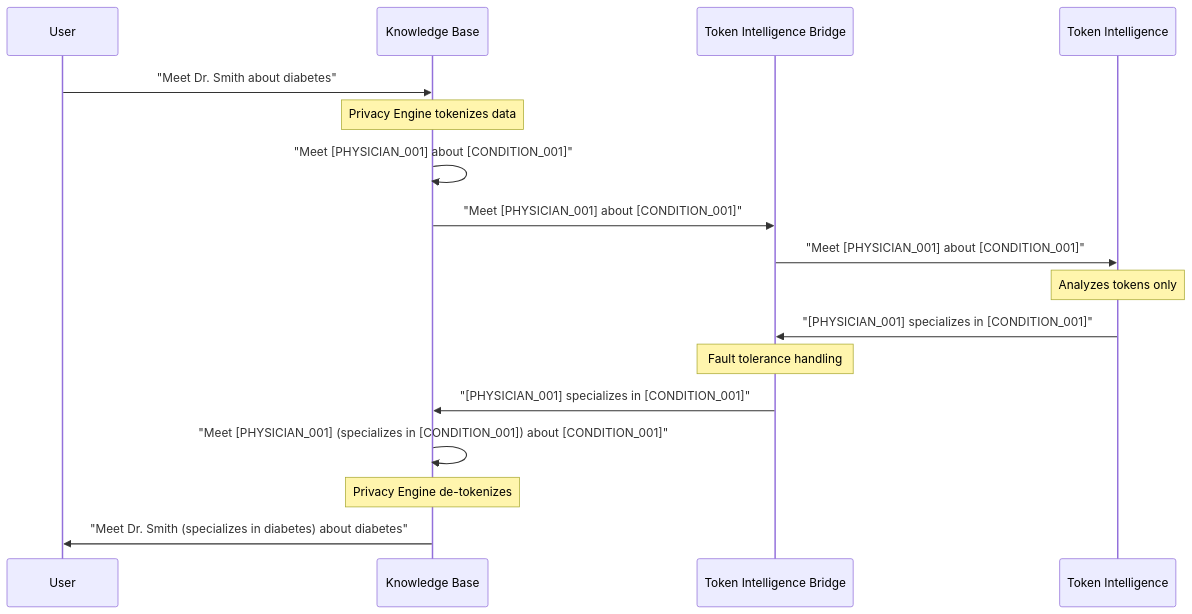
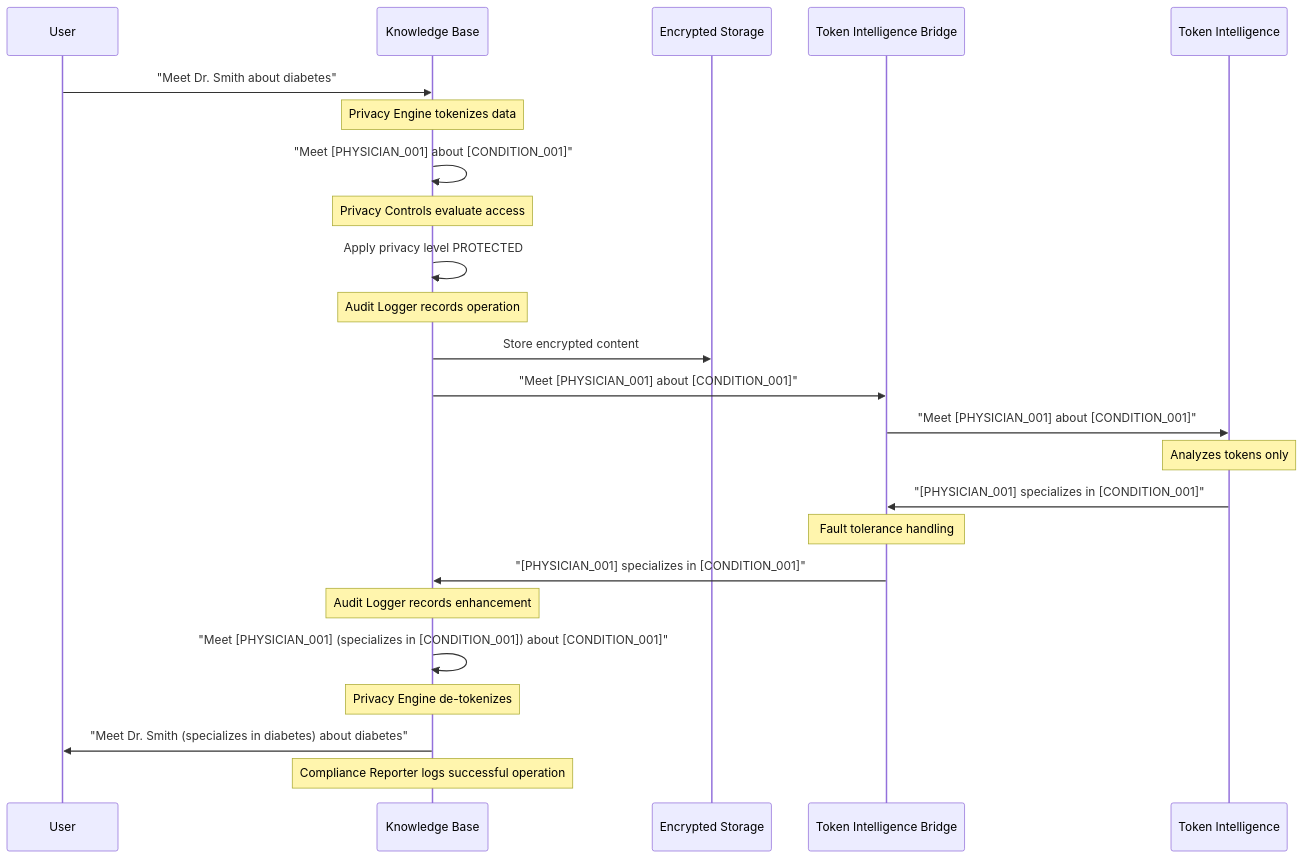
Before and after one commit to taiscoding/knowledge-base-system: the second of 2 diagrams in docs/privacy_design.md, drawn with Mermaid. The commit also changed other lines of this file and 19 other files, not shown here.

````diff
--- a/docs/privacy_design.md
+++ b/docs/privacy_design.md
@@ -113,15 +196,21 @@
 ```mermaid
 sequenceDiagram
     User->>Knowledge Base: "Meet Dr. Smith about diabetes"
     Note over Knowledge Base: Privacy Engine tokenizes data
     Knowledge Base->>Knowledge Base: "Meet [PHYSICIAN_001] about [CONDITION_001]"
+    Note over Knowledge Base: Privacy Controls evaluate access
+    Knowledge Base->>Knowledge Base: Apply privacy level PROTECTED
+    Note over Knowledge Base: Audit Logger records operation
+    Knowledge Base->>Encrypted Storage: Store encrypted content
     Knowledge Base->>Token Intelligence Bridge: "Meet [PHYSICIAN_001] about [CONDITION_001]"
     Token Intelligence Bridge->>Token Intelligence: "Meet [PHYSICIAN_001] about [CONDITION_001]"
     Note over Token Intelligence: Analyzes tokens only
     Token Intelligence->>Token Intelligence Bridge: "[PHYSICIAN_001] specializes in [CONDITION_001]"
     Note over Token Intelligence Bridge: Fault tolerance handling
     Token Intelligence Bridge->>Knowledge Base: "[PHYSICIAN_001] specializes in [CONDITION_001]"
+    Note over Knowledge Base: Audit Logger records enhancement
     Knowledge Base->>Knowledge Base: "Meet [PHYSICIAN_001] (specializes in [CONDITION_001]) about [CONDITION_001]"
     Note over Knowledge Base: Privacy Engine de-tokenizes
     Knowledge Base->>User: "Meet Dr. Smith (specializes in diabetes) about diabetes"
+    Note over Knowledge Base: Compliance Reporter logs successful operation
 ```
````
